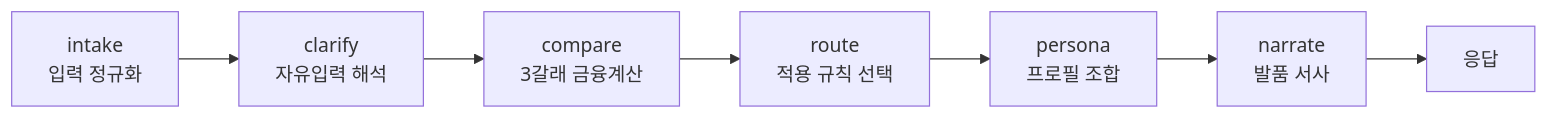
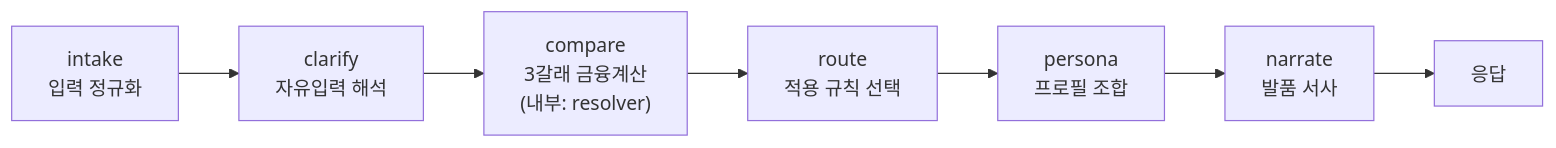
The second of 2 diagrams in docs/아키텍처.md (kb-manggi-zip/kb-manggi-zip), drawn with Mermaid before and after one commit. The commit also changed other lines of this file and 10 other files, not shown here.

````diff
--- a/docs/아키텍처.md
+++ b/docs/아키텍처.md
@@ -30,9 +30,9 @@
 ```mermaid
 flowchart LR
   I["intake<br/>입력 정규화"] --> C["clarify<br/>자유입력 해석"]
-  C --> CMP["compare<br/>3갈래 금융계산"]
+  C --> CMP["compare<br/>3갈래 금융계산<br/>(내부: resolver)"]
   CMP --> R["route<br/>적용 규칙 선택"]
   R --> P["persona<br/>프로필 조합"]
   P --> N["narrate<br/>발품 서사"]
   N --> OUT["응답"]
 ```
````
